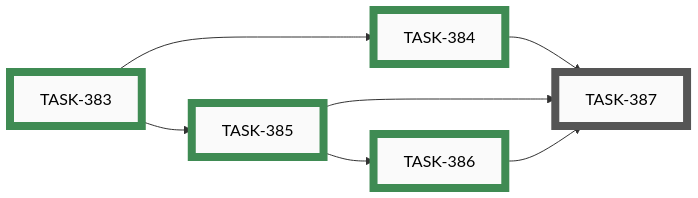
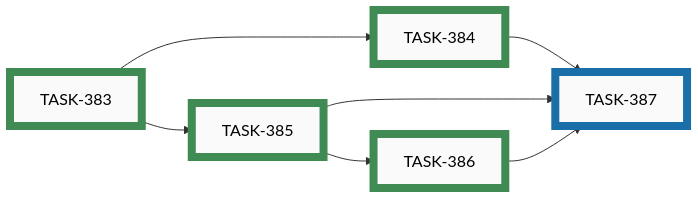
The tenth of 11 diagrams in docs/developers/tasks/EPICS.md (tgd1975/AwesomeGuitarPedal), drawn with Mermaid before and after one commit. The commit also changed other lines of this file and 7 other files, not shown here.

First line of the commit message:
TASK-387: wiring tool final bindings, ? legend, q reset, builder doc (EPIC-030 close-out)

````diff
--- a/docs/developers/tasks/EPICS.md
+++ b/docs/developers/tasks/EPICS.md
@@ -374,27 +374,27 @@
 ```mermaid
 graph LR
-    TASK_387["TASK-387"]:::open
+    TASK_387["TASK-387"]:::active
     TASK_383["TASK-383"]:::closed
     TASK_384["TASK-384"]:::closed
     TASK_385["TASK-385"]:::closed
     TASK_386["TASK-386"]:::closed
     TASK_384 --> TASK_387
     TASK_385 --> TASK_387
     TASK_386 --> TASK_387
     TASK_383 --> TASK_384
     TASK_383 --> TASK_385
     TASK_385 --> TASK_386
-    click TASK_387 "open/task-387-wiring-test-tool-final-bindings-help-legend-builder-doc.md"
+    click TASK_387 "active/task-387-wiring-test-tool-final-bindings-help-legend-builder-doc.md"
     click TASK_383 "closed/task-383-wiring-test-tool-env-makefile-scaffolding.md"
     click TASK_384 "closed/task-384-wiring-test-tool-button-mode.md"
     click TASK_385 "closed/task-385-wiring-test-tool-led-group-modes.md"
     click TASK_386 "closed/task-386-wiring-test-tool-led-individual-mode.md"
     classDef open    fill:#FAFAFA,stroke:#555,stroke-width:8px,color:#000
     classDef active  fill:#FAFAFA,stroke:#1A6FA8,stroke-width:8px,color:#000
     classDef closed  fill:#FAFAFA,stroke:#3F8B53,stroke-width:8px,color:#000
     classDef paused  fill:#FAFAFA,stroke:#B07810,stroke-width:8px,color:#000
     classDef openExt    fill:#000,stroke:#888,stroke-width:8px,color:#FFF
     classDef activeExt  fill:#000,stroke:#3FA9F5,stroke-width:8px,color:#FFF
     classDef closedExt  fill:#000,stroke:#7CC68A,stroke-width:8px,color:#FFF
     classDef pausedExt  fill:#000,stroke:#F0B030,stroke-width:8px,color:#FFF
 ```
````
